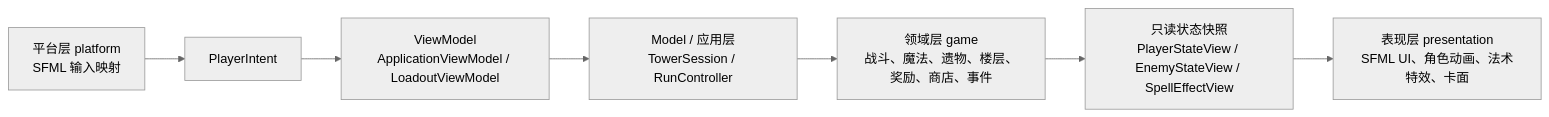
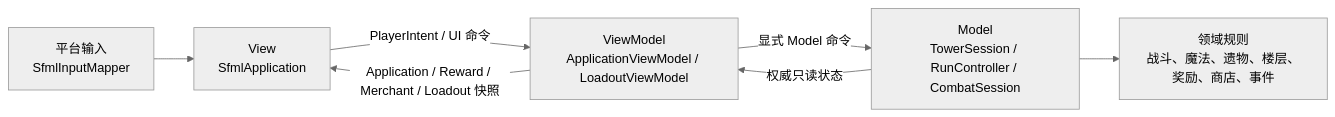
The first of 2 diagrams in docs/MIDTERM_REPORT.md (xyxy24/frieren_spire), drawn with Mermaid (neutral theme) before and after one commit. The commit also changed other lines of this file and 10 other files, not shown here.

````diff
--- a/docs/MIDTERM_REPORT.md
+++ b/docs/MIDTERM_REPORT.md
@@ -70,9 +70,9 @@
 ```mermaid
 flowchart LR
-    Input["平台层 platform\nSFML 输入映射"] --> Intent["PlayerIntent"]
-    Intent --> VM["ViewModel\nApplicationViewModel / LoadoutViewModel"]
-    VM --> App["Model / 应用层\nTowerSession / RunController"]
-    App --> Game["领域层 game\n战斗、魔法、遗物、楼层、奖励、商店、事件"]
-    Game --> Snapshot["只读状态快照\nPlayerStateView / EnemyStateView / SpellEffectView"]
-    Snapshot --> Presentation["表现层 presentation\nSFML UI、角色动画、法术特效、卡面"]
+    Input["平台输入\nSfmlInputMapper"] --> View["View\nSfmlApplication"]
+    View -->|"PlayerIntent / UI 命令"| VM["ViewModel\nApplicationViewModel / LoadoutViewModel"]
+    VM -->|"显式 Model 命令"| Model["Model\nTowerSession / RunController / CombatSession"]
+    Model --> Domain["领域规则\n战斗、魔法、遗物、楼层、奖励、商店、事件"]
+    Model -->|"权威只读状态"| VM
+    VM -->|"Application / Reward / Merchant / Loadout 快照"| View
 ```
````
